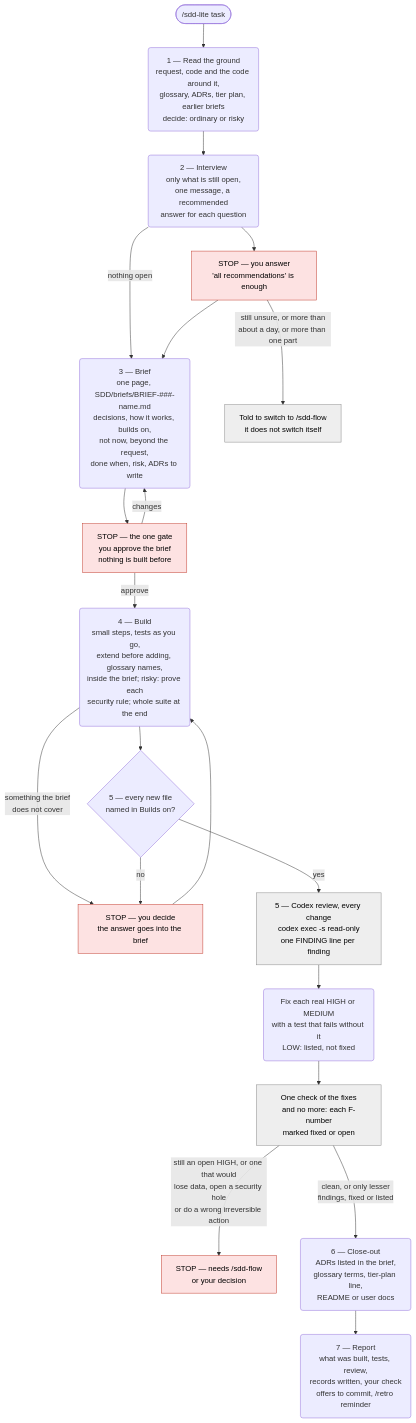
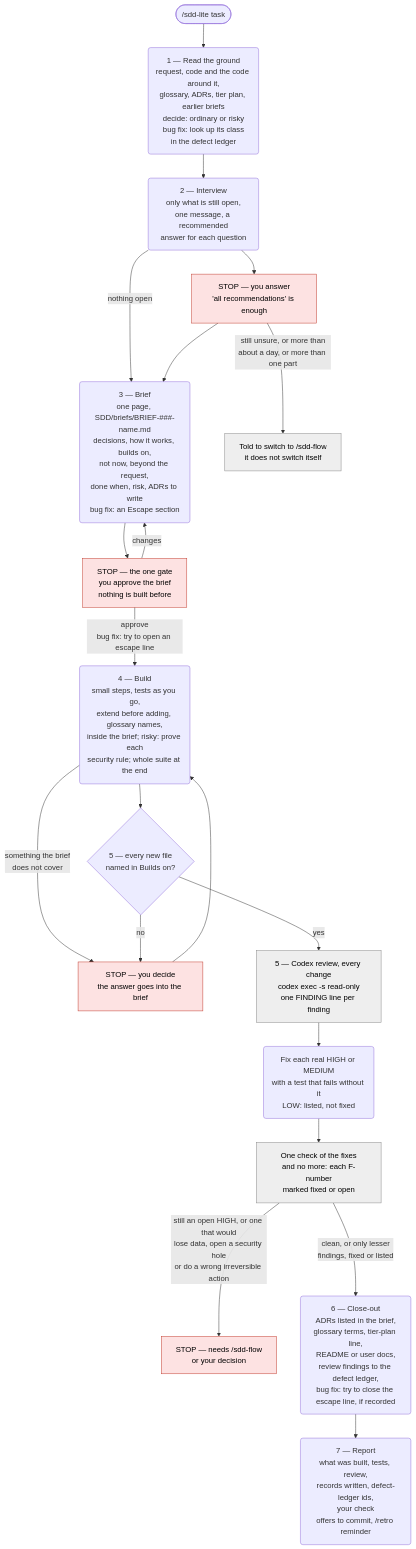
One commit to pablooliva/claude-plugins changed the second of 2 diagrams in agent-engineering/docs/sdd-lite-diagram.md. Above: the diagram before and after it, drawn with Mermaid. The commit also changed other lines of this file and 7 other files, not shown here.

First line of the commit message:
sdd-flow(002): SLICE-005 — docs match

````diff
--- a/agent-engineering/docs/sdd-lite-diagram.md
+++ b/agent-engineering/docs/sdd-lite-diagram.md
@@ -27,26 +27,26 @@
 ```mermaid
 flowchart TD
-    start(["/sdd-lite task"]) --> s1("1 — Read the ground<br/>request, code and the code around it,<br/>glossary, ADRs, tier plan, earlier briefs<br/>decide: ordinary or risky")
+    start(["/sdd-lite task"]) --> s1("1 — Read the ground<br/>request, code and the code around it,<br/>glossary, ADRs, tier plan, earlier briefs<br/>decide: ordinary or risky<br/>bug fix: look up its class<br/>in the defect ledger")
     s1 --> s2("2 — Interview<br/>only what is still open,<br/>one message, a recommended<br/>answer for each question")
     s2 -- "nothing open" --> s3
     s2 --> answers["STOP — you answer<br/>'all recommendations' is enough"]:::stop
     answers -- "still unsure, or more than<br/>about a day, or more than one part" --> toflow["Told to switch to /sdd-flow<br/>it does not switch itself"]:::other
-    answers --> s3("3 — Brief<br/>one page, SDD/briefs/BRIEF-###-name.md<br/>decisions, how it works, builds on,<br/>not now, beyond the request,<br/>done when, risk, ADRs to write")
+    answers --> s3("3 — Brief<br/>one page, SDD/briefs/BRIEF-###-name.md<br/>decisions, how it works, builds on,<br/>not now, beyond the request,<br/>done when, risk, ADRs to write<br/>bug fix: an Escape section")
     s3 --> gate["STOP — the one gate<br/>you approve the brief<br/>nothing is built before"]:::stop
     gate -- "changes" --> s3
-    gate -- "approve" --> s4("4 — Build<br/>small steps, tests as you go,<br/>extend before adding, glossary names,<br/>inside the brief; risky: prove each<br/>security rule; whole suite at the end")
+    gate -- "approve<br/>bug fix: try to open an escape line" --> s4("4 — Build<br/>small steps, tests as you go,<br/>extend before adding, glossary names,<br/>inside the brief; risky: prove each<br/>security rule; whole suite at the end")
     s4 -- "something the brief<br/>does not cover" --> ask["STOP — you decide<br/>the answer goes into the brief"]:::stop
     ask --> s4
     s4 --> nf{"5 — every new file<br/>named in Builds on?"}
     nf -- "no" --> ask
     nf -- "yes" --> r1["5 — Codex review, every change<br/>codex exec -s read-only<br/>one FINDING line per finding"]:::other
     r1 --> fix("Fix each real HIGH or MEDIUM<br/>with a test that fails without it<br/>LOW: listed, not fixed")
     fix --> r2["One check of the fixes<br/>and no more: each F-number<br/>marked fixed or open"]:::other
     r2 -- "still an open HIGH, or one that would<br/>lose data, open a security hole<br/>or do a wrong irreversible action" --> halt["STOP — needs /sdd-flow<br/>or your decision"]:::stop
     r2 -- "clean, or only lesser<br/>findings, fixed or listed" --> s6
-    s6("6 — Close-out<br/>ADRs listed in the brief,<br/>glossary terms, tier-plan line,<br/>README or user docs")
-    s6 --> s7("7 — Report<br/>what was built, tests, review,<br/>records written, your check<br/>offers to commit, /retro reminder")
+    s6("6 — Close-out<br/>ADRs listed in the brief,<br/>glossary terms, tier-plan line,<br/>README or user docs,<br/>review findings to the defect ledger,<br/>bug fix: try to close the escape line, if recorded")
+    s6 --> s7("7 — Report<br/>what was built, tests, review,<br/>records written, defect-ledger ids,<br/>your check<br/>offers to commit, /retro reminder")
 
     classDef stop fill:#fde2e2,stroke:#c0392b,color:#000
     classDef other fill:#eeeeee,stroke:#888888,color:#000
 ```
````
